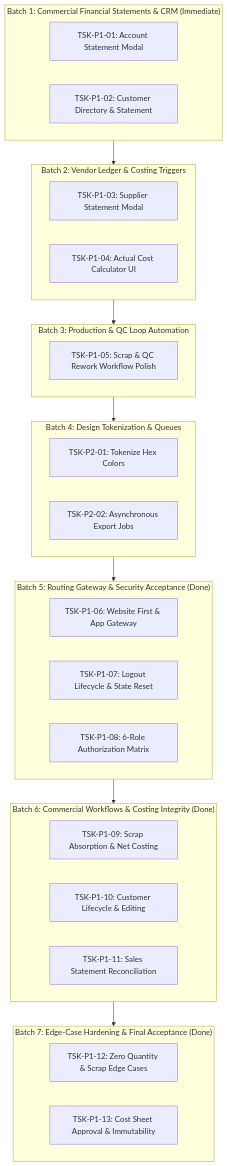
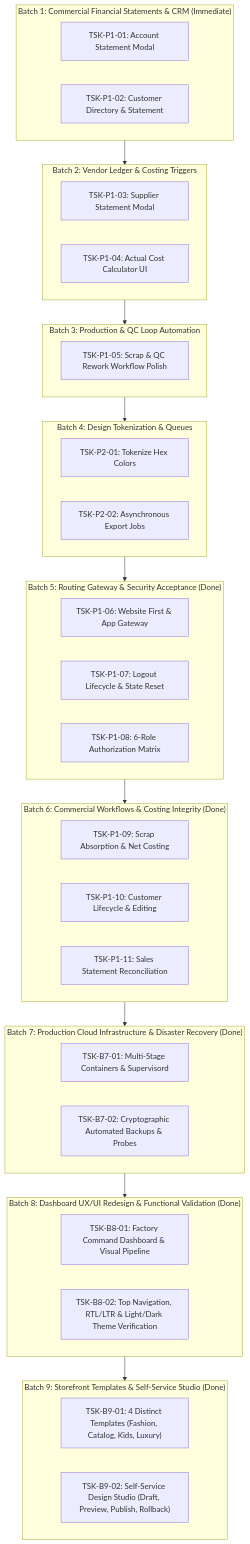
One commit to keroulsg/clothes changed the diagram in docs/ACCELERATED_DELIVERY_BOARD.md. Above: the diagram before and after it, drawn with Mermaid. The commit also changed other lines of this file and 267 other files, not shown here.

Commit message:
feat(workforce-production-subcontracting): modernize cutting floor, bundles, and subcontracting with automated piece-rate worker payroll integration

````diff
--- a/docs/ACCELERATED_DELIVERY_BOARD.md
+++ b/docs/ACCELERATED_DELIVERY_BOARD.md
@@ -149,40 +184,50 @@
 ```mermaid
 flowchart TD
     subgraph Batch1 ["Batch 1: Commercial Financial Statements & CRM (Immediate)"]
         B1A["TSK-P1-01: Account Statement Modal"]
         B1B["TSK-P1-02: Customer Directory & Statement"]
     end
     
     subgraph Batch2 ["Batch 2: Vendor Ledger & Costing Triggers"]
         B2A["TSK-P1-03: Supplier Statement Modal"]
         B2B["TSK-P1-04: Actual Cost Calculator UI"]
     end
     
     subgraph Batch3 ["Batch 3: Production & QC Loop Automation"]
         B3A["TSK-P1-05: Scrap & QC Rework Workflow Polish"]
     end
 
     subgraph Batch4 ["Batch 4: Design Tokenization & Queues"]
         B4A["TSK-P2-01: Tokenize Hex Colors"]
         B4B["TSK-P2-02: Asynchronous Export Jobs"]
     end
 
     subgraph Batch5 ["Batch 5: Routing Gateway & Security Acceptance (Done)"]
         B5A["TSK-P1-06: Website First & App Gateway"]
         B5B["TSK-P1-07: Logout Lifecycle & State Reset"]
         B5C["TSK-P1-08: 6-Role Authorization Matrix"]
     end
 
     subgraph Batch6 ["Batch 6: Commercial Workflows & Costing Integrity (Done)"]
         B6A["TSK-P1-09: Scrap Absorption & Net Costing"]
         B6B["TSK-P1-10: Customer Lifecycle & Editing"]
         B6C["TSK-P1-11: Sales Statement Reconciliation"]
     end
 
-    subgraph Batch7 ["Batch 7: Edge-Case Hardening & Final Acceptance (Done)"]
-        B7A["TSK-P1-12: Zero Quantity & Scrap Edge Cases"]
-        B7B["TSK-P1-13: Cost Sheet Approval & Immutability"]
+    subgraph Batch7 ["Batch 7: Production Cloud Infrastructure & Disaster Recovery (Done)"]
+        B7A["TSK-B7-01: Multi-Stage Containers & Supervisord"]
+        B7B["TSK-B7-02: Cryptographic Automated Backups & Probes"]
     end
 
-    Batch1 --> Batch2 --> Batch3 --> Batch4 --> Batch5 --> Batch6 --> Batch7
+    subgraph Batch8 ["Batch 8: Dashboard UX/UI Redesign & Functional Validation (Done)"]
+        B8A["TSK-B8-01: Factory Command Dashboard & Visual Pipeline"]
+        B8B["TSK-B8-02: Top Navigation, RTL/LTR & Light/Dark Theme Verification"]
+    end
+
+    subgraph Batch9 ["Batch 9: Storefront Templates & Self-Service Studio (Done)"]
+        B9A["TSK-B9-01: 4 Distinct Templates (Fashion, Catalog, Kids, Luxury)"]
+        B9B["TSK-B9-02: Self-Service Design Studio (Draft, Preview, Publish, Rollback)"]
+    end
+
+    Batch1 --> Batch2 --> Batch3 --> Batch4 --> Batch5 --> Batch6 --> Batch7 --> Batch8 --> Batch9
 ```
````
